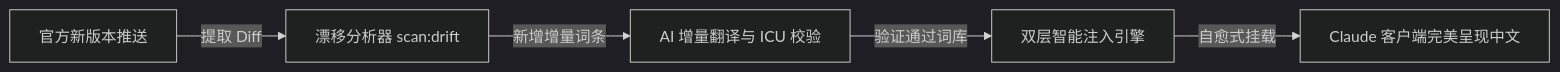
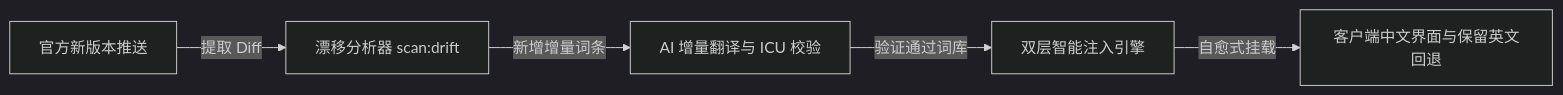
The diagram in README.md (yiheng8023/claude-chinese), drawn with Mermaid (dark theme) before and after one commit. The commit also changed other lines of this file and 37 other files, not shown here.

````diff
--- a/README.md
+++ b/README.md
@@ -159,7 +146,7 @@
 ```mermaid
 flowchart LR
     A[官方新版本推送] -->|提取 Diff| B[漂移分析器 scan:drift]
     B -->|新增增量词条| C[AI 增量翻译与 ICU 校验]
     C -->|验证通过词库| D[双层智能注入引擎]
-    D -->|自愈式挂载| E[Claude 客户端完美呈现中文]
+    D -->|自愈式挂载| E[客户端中文界面与保留英文回退]
 ```
````
